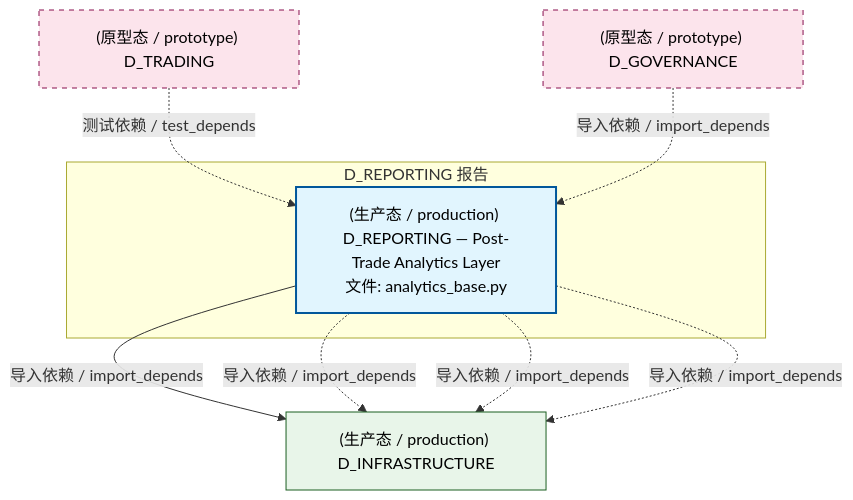
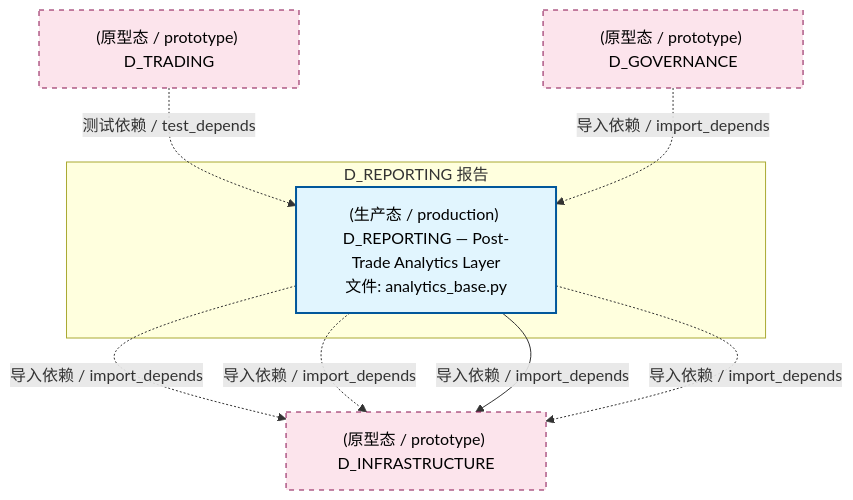
One commit to xuanFelixVan/ZephyrAlpha changed the second of 4 diagrams in docs/02_enterprise_architecture/02_domain_architecture_docs/23_d_reporting.md. Above: the diagram before and after it, drawn with Mermaid. The commit also changed other lines of this file and 101 other files, not shown here.

````diff
--- a/docs/02_enterprise_architecture/02_domain_architecture_docs/23_d_reporting.md
+++ b/docs/02_enterprise_architecture/02_domain_architecture_docs/23_d_reporting.md
@@ -121,22 +121,21 @@
 ```mermaid
 graph TD
     subgraph D_REPORTING["D_REPORTING 报告"]
         src_zephyr_reporting_analytics_base_py["(生产态 / production) D_REPORTING — Post-Trade Analytics Layer<br/>文件: analytics_base.py"]
     end
-    D_INFRASTRUCTURE["(生产态 / production) D_INFRASTRUCTURE"]
-    src_zephyr_reporting_analytics_base_py -->|导入依赖 / import_depends| D_INFRASTRUCTURE
+    D_INFRASTRUCTURE["(原型态 / prototype) D_INFRASTRUCTURE"]
     src_zephyr_reporting_analytics_base_py -.->|导入依赖 / import_depends| D_INFRASTRUCTURE
     src_zephyr_reporting_analytics_base_py -.->|导入依赖 / import_depends| D_INFRASTRUCTURE
+    src_zephyr_reporting_analytics_base_py -->|导入依赖 / import_depends| D_INFRASTRUCTURE
     src_zephyr_reporting_analytics_base_py -.->|导入依赖 / import_depends| D_INFRASTRUCTURE
     D_TRADING["(原型态 / prototype) D_TRADING"]
     D_TRADING -.->|测试依赖 / test_depends| src_zephyr_reporting_analytics_base_py
     D_GOVERNANCE["(原型态 / prototype) D_GOVERNANCE"]
     D_GOVERNANCE -.->|导入依赖 / import_depends| src_zephyr_reporting_analytics_base_py
     classDef production fill:#e1f5fe,stroke:#01579b,stroke-width:2px,color:#000
     classDef design fill:#fff3e0,stroke:#e65100,stroke-width:2px,color:#000,stroke-dasharray: 5 5
     classDef external_prod fill:#e8f5e9,stroke:#1b5e20,stroke-width:1px,color:#000
     classDef external_design fill:#fce4ec,stroke:#880e4f,stroke-width:1px,color:#000,stroke-dasharray: 5 5
     class src_zephyr_reporting_analytics_base_py production
-    class D_INFRASTRUCTURE external_prod
-    class D_TRADING,D_GOVERNANCE external_design
+    class D_INFRASTRUCTURE,D_TRADING,D_GOVERNANCE external_design
 ```
````
